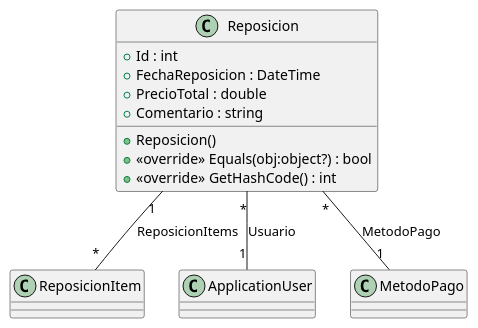
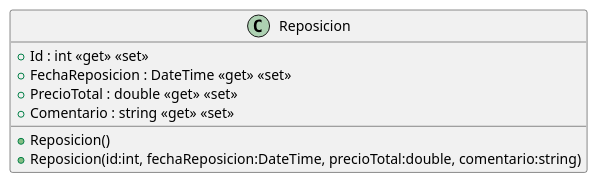
One commit to ISII2627JRJ/ISII2627JRJ changed the diagram in src/AppForSEII.API/ClassDiagram/Reposicion.puml. Above: the diagram before and after it, drawn with PlantUML. The commit also changed 16 other files, not shown here.

First line of the commit message:
Constructores añadidos y diagramas uml actualizados (#48)

```diff
--- a/src/AppForSEII.API/ClassDiagram/Reposicion.puml
+++ b/src/AppForSEII.API/ClassDiagram/Reposicion.puml
@@ -1,12 +1,10 @@
+@startuml
 class Reposicion {
-    + Id : int
-    + FechaReposicion : DateTime
-    + PrecioTotal : double
-    + Comentario : string
     + Reposicion()
-    + <<override>> Equals(obj:object?) : bool
-    + <<override>> GetHashCode() : int
+    + Reposicion(id:int, fechaReposicion:DateTime, precioTotal:double, comentario:string)
+    + Id : int <<get>> <<set>>
+    + FechaReposicion : DateTime <<get>> <<set>>
+    + PrecioTotal : double <<get>> <<set>>
+    + Comentario : string <<get>> <<set>>
 }
-Reposicion "1" -- "*" ReposicionItem : ReposicionItems
-Reposicion "*" -- "1" ApplicationUser : Usuario
-Reposicion "*" -- "1" MetodoPago : MetodoPago
+@enduml
```
